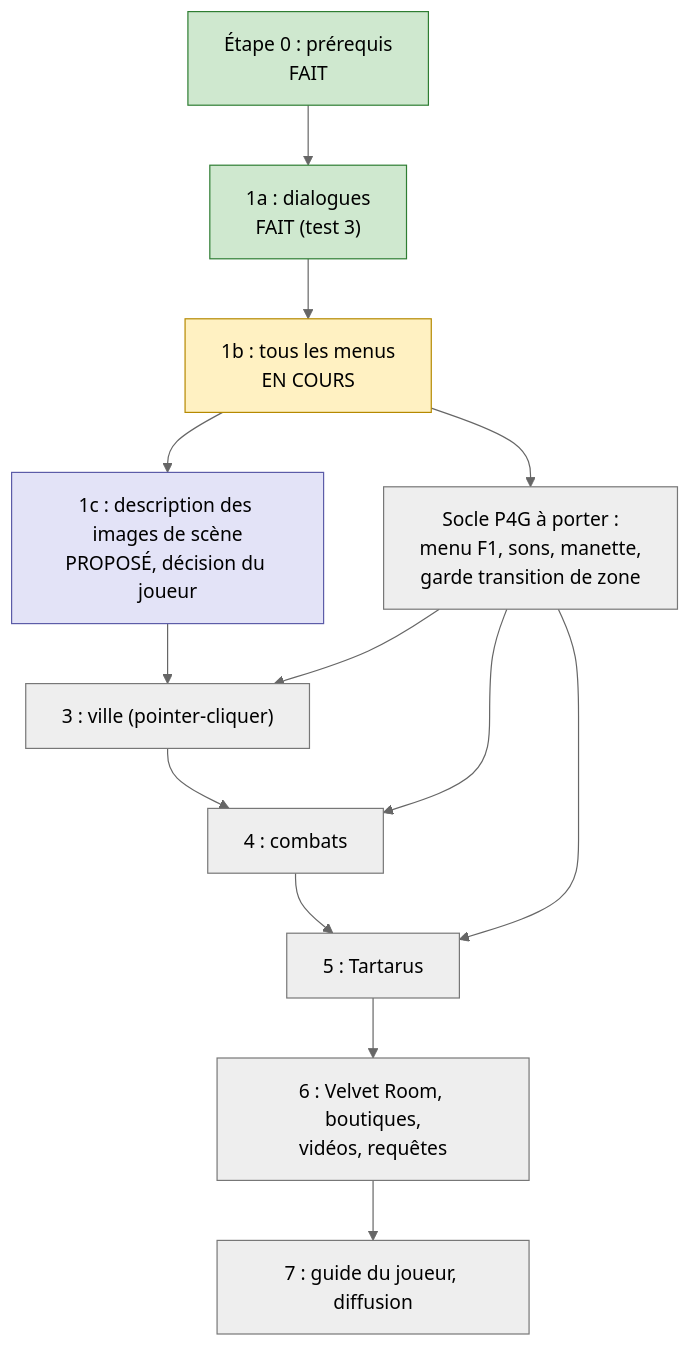
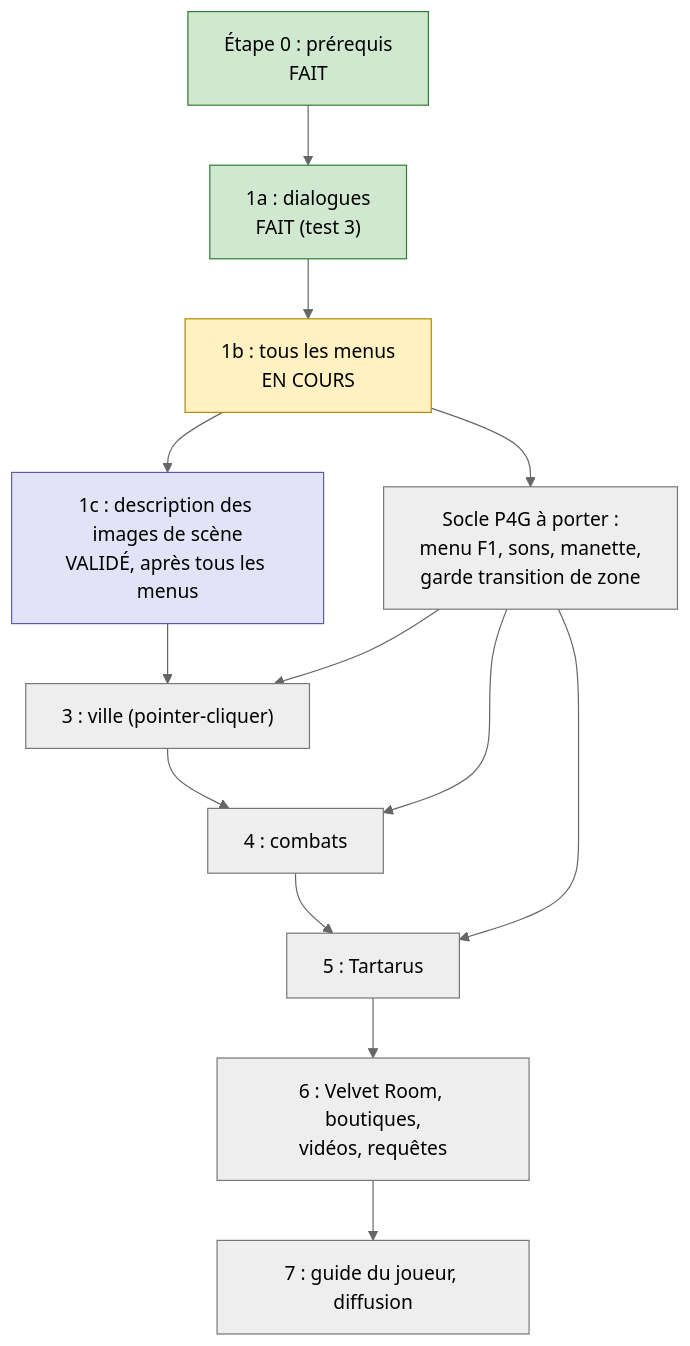
The diagram in docs/ROADMAP.md (MattrimCotton/Persona-3-Portable-Access), drawn with Mermaid (neutral theme) before and after one commit. The commit also changed other lines of this file and 5 other files, not shown here.

````diff
--- a/docs/ROADMAP.md
+++ b/docs/ROADMAP.md
@@ -15,27 +15,27 @@
 ```mermaid
 flowchart TD
     E0["Étape 0 : prérequis<br/>FAIT"]:::done
     E1a["1a : dialogues<br/>FAIT (test 3)"]:::done
     E1b["1b : tous les menus<br/>EN COURS"]:::doing
-    E1c["1c : description des images de scène<br/>PROPOSÉ, décision du joueur"]:::proposed
+    E1c["1c : description des images de scène<br/>VALIDÉ, après tous les menus"]:::proposed
     SOC["Socle P4G à porter :<br/>menu F1, sons, manette,<br/>garde transition de zone"]:::todo
     E3["3 : ville (pointer-cliquer)"]:::todo
     E4["4 : combats"]:::todo
     E5["5 : Tartarus"]:::todo
     E6["6 : Velvet Room, boutiques,<br/>vidéos, requêtes"]:::todo
     E7["7 : guide du joueur, diffusion"]:::todo
 
     E0 --> E1a --> E1b
     E1b --> E1c
     E1b --> SOC
     E1c --> E3
     SOC --> E3
     E3 --> E4 --> E5 --> E6 --> E7
     SOC --> E4
     SOC --> E5
 
     classDef done fill:#cfe8cf,stroke:#2e7d32
     classDef doing fill:#fff1c2,stroke:#b58900
     classDef proposed fill:#e3e3f7,stroke:#5c5ca8
     classDef todo fill:#eeeeee,stroke:#777777
 ```
````
